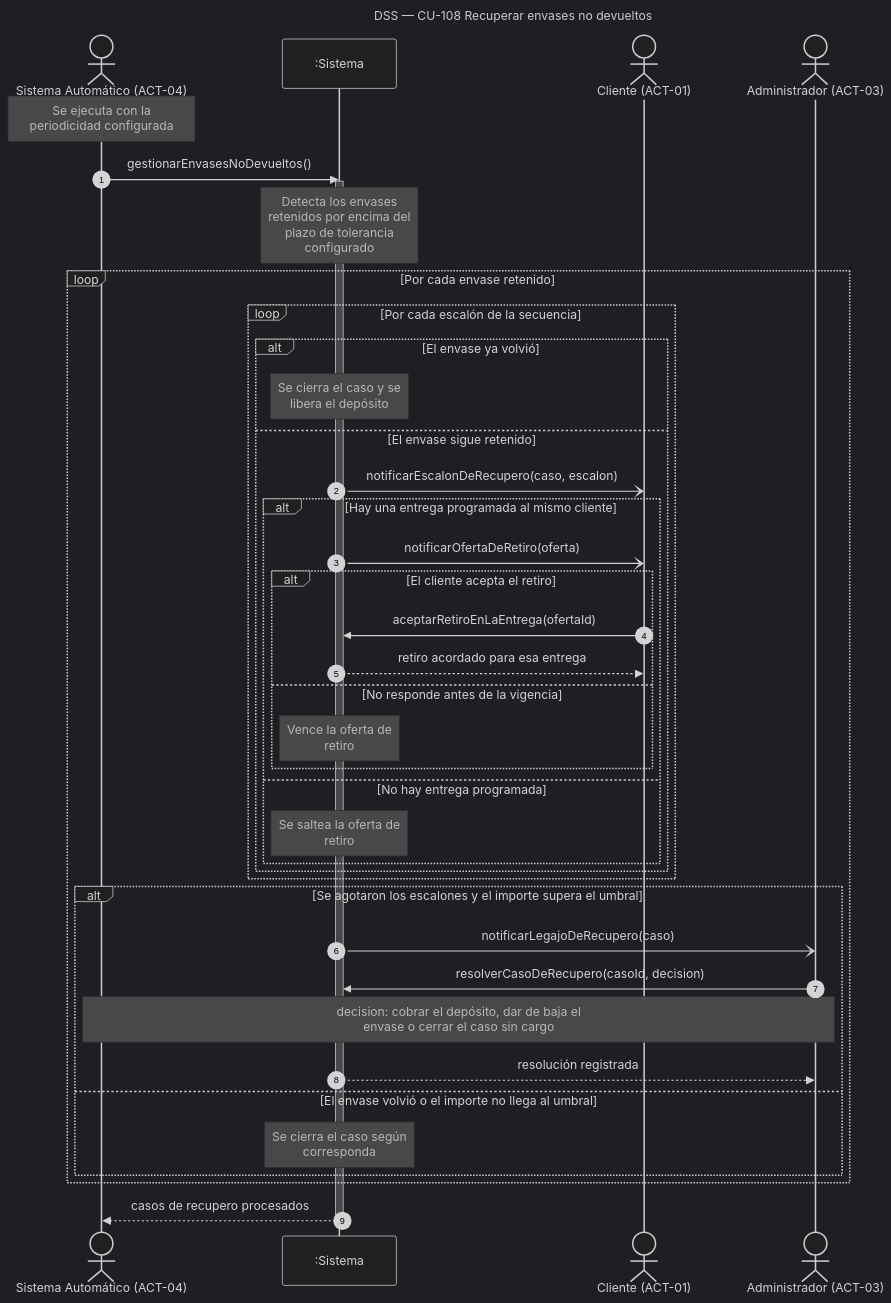
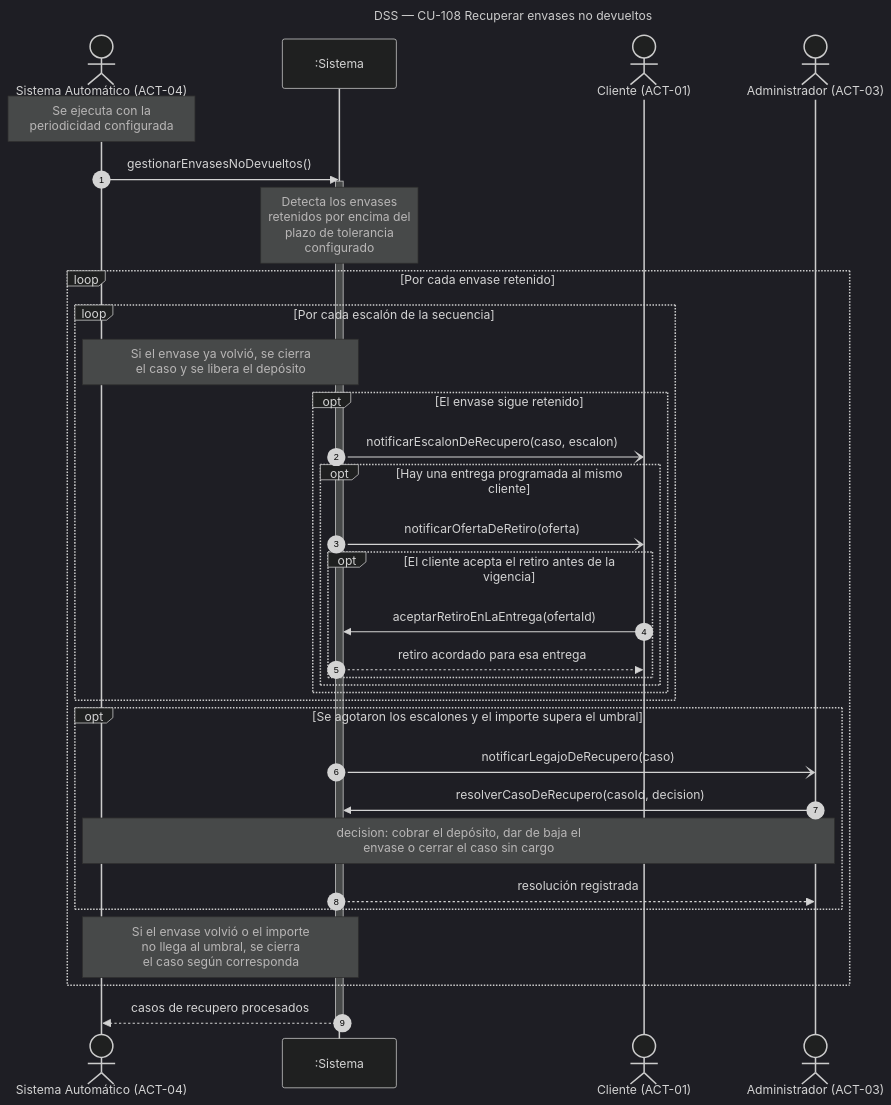
The diagram in diagramas/DSS_CU-108_Recuperar-Envases-No-Devueltos.mmd (Nahuelito-Dev/splg-docs), drawn with Mermaid (dark theme) before and after one commit. The commit also changed 1851 other files, not shown here.

First line of the commit message:
docs: documentación completa en notación UML, un caso de uso por operación y modelo de datos al día

```diff
--- a/diagramas/DSS_CU-108_Recuperar-Envases-No-Devueltos.mmd
+++ b/diagramas/DSS_CU-108_Recuperar-Envases-No-Devueltos.mmd
@@ -1,44 +1,38 @@
 sequenceDiagram
     title DSS — CU-108 Recuperar envases no devueltos
     autonumber
     actor SAU as Sistema Automático (ACT-04)
     participant SIS as :Sistema
     actor CLI as Cliente (ACT-01)
     actor ADM as Administrador (ACT-03)
 
     Note over SAU: Se ejecuta con la<br/>periodicidad configurada
     SAU->>SIS: gestionarEnvasesNoDevueltos()
     activate SIS
     Note over SIS: Detecta los envases<br/>retenidos por encima del<br/>plazo de tolerancia<br/>configurado
 
     loop Por cada envase retenido
         loop Por cada escalón de la secuencia
-            alt El envase ya volvió
-                Note over SIS: Se cierra el caso y se<br/>libera el depósito
-            else El envase sigue retenido
+            Note over SAU,SIS: Si el envase ya volvió, se cierra<br/>el caso y se libera el depósito
+            opt El envase sigue retenido
                 SIS-)CLI: notificarEscalonDeRecupero(caso, escalon)
-                alt Hay una entrega programada al mismo cliente
+                opt Hay una entrega programada al mismo cliente
                     SIS-)CLI: notificarOfertaDeRetiro(oferta)
-                    alt El cliente acepta el retiro
+                    opt El cliente acepta el retiro antes de la vigencia
                         CLI->>SIS: aceptarRetiroEnLaEntrega(ofertaId)
                         SIS-->>CLI: retiro acordado para esa entrega
-                    else No responde antes de la vigencia
-                        Note over SIS: Vence la oferta de<br/>retiro
                     end
-                else No hay entrega programada
-                    Note over SIS: Se saltea la oferta de<br/>retiro
                 end
             end
         end
 
-        alt Se agotaron los escalones y el importe supera el umbral
+        opt Se agotaron los escalones y el importe supera el umbral
             SIS-)ADM: notificarLegajoDeRecupero(caso)
             ADM->>SIS: resolverCasoDeRecupero(casoId, decision)
             Note over SAU,ADM: decision: cobrar el depósito, dar de baja el<br/>envase o cerrar el caso sin cargo
             SIS-->>ADM: resolución registrada
-        else El envase volvió o el importe no llega al umbral
-            Note over SIS: Se cierra el caso según<br/>corresponda
         end
+        Note over SAU,SIS: Si el envase volvió o el importe<br/>no llega al umbral, se cierra<br/>el caso según corresponda
     end
     SIS-->>SAU: casos de recupero procesados
     deactivate SIS
```
